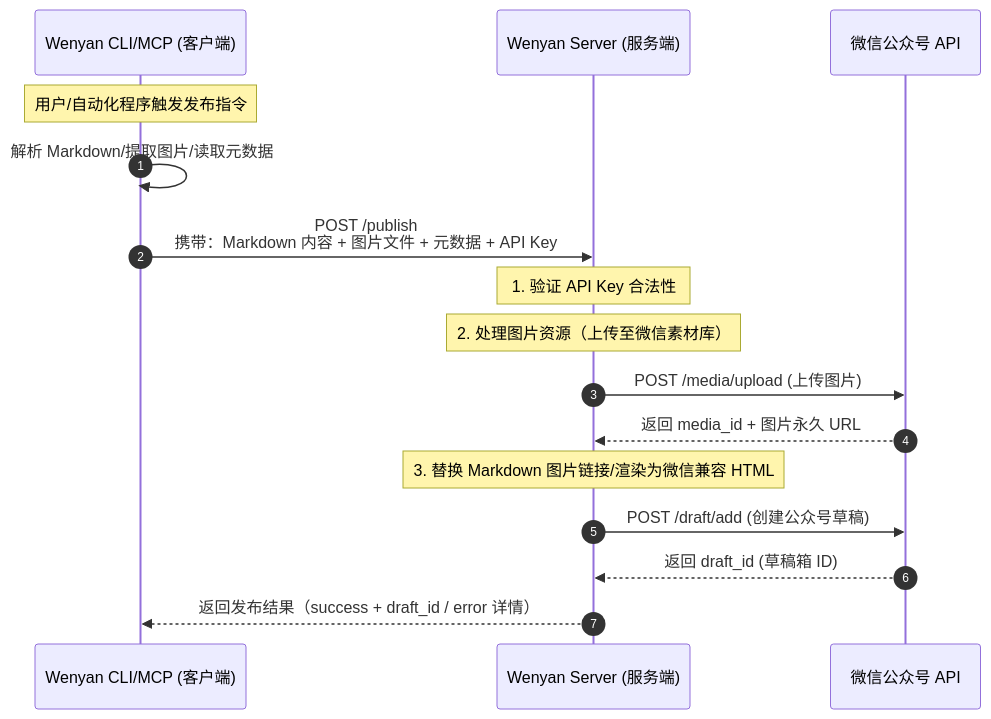
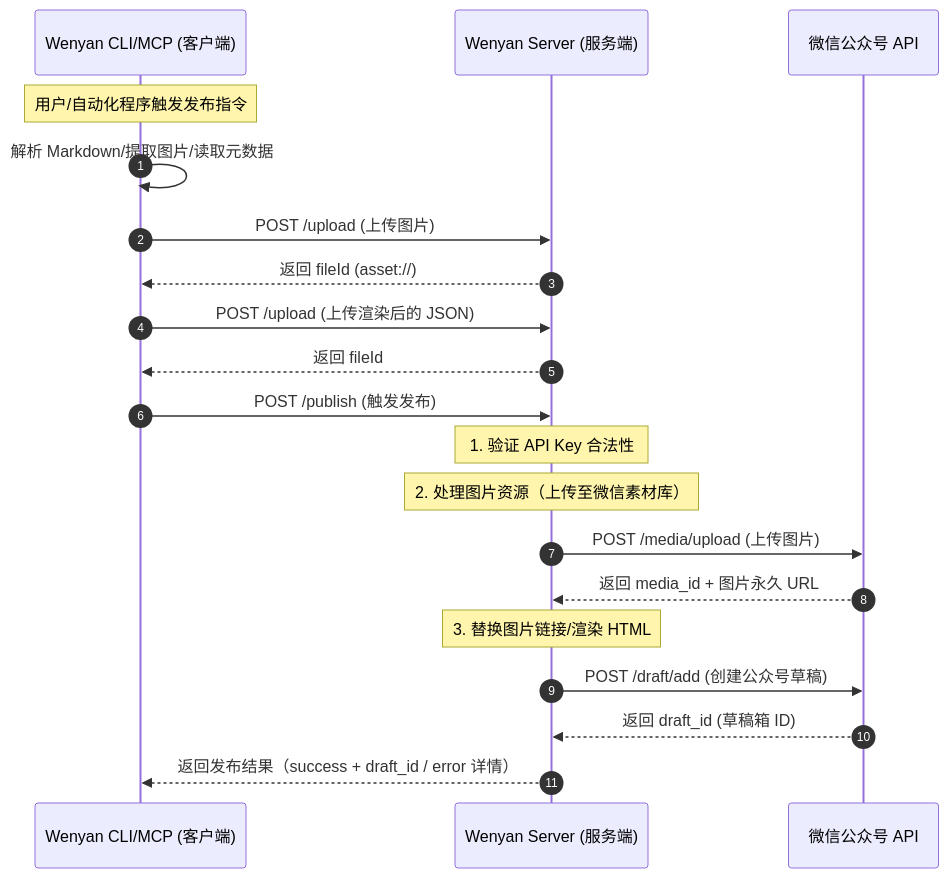
The diagram in docs/server.md (caol64/wenyan-cli), drawn with Mermaid before and after one commit. The commit also changed other lines of this file and 2 other files, not shown here.

First line of the commit message:
docs: 补充小绿书（图片消息）相关文档

````diff
--- a/docs/server.md
+++ b/docs/server.md
@@ -13,19 +13,23 @@
 ```mermaid
 sequenceDiagram
     autonumber
     participant Client as Wenyan CLI/MCP (客户端)
     participant Server as Wenyan Server (服务端)
     participant Wechat as 微信公众号 API
 
     Note over Client: 用户/自动化程序触发发布指令
     Client->>Client: 解析 Markdown/提取图片/读取元数据
-    Client->>Server: POST /publish<br/>携带：Markdown 内容 + 图片文件 + 元数据 + API Key
+    Client->>Server: POST /upload (上传图片)
+    Server-->>Client: 返回 fileId (asset://)
+    Client->>Server: POST /upload (上传渲染后的 JSON)
+    Server-->>Client: 返回 fileId
+    Client->>Server: POST /publish (触发发布)
     Note over Server: 1. 验证 API Key 合法性
     Note over Server: 2. 处理图片资源（上传至微信素材库）
     Server->>Wechat: POST /media/upload (上传图片)
     Wechat-->>Server: 返回 media_id + 图片永久 URL
-    Note over Server: 3. 替换 Markdown 图片链接/渲染为微信兼容 HTML
+    Note over Server: 3. 替换图片链接/渲染 HTML
     Server->>Wechat: POST /draft/add (创建公众号草稿)
     Wechat-->>Server: 返回 draft_id (草稿箱 ID)
     Server-->>Client: 返回发布结果（success + draft_id / error 详情）
 ```
````
